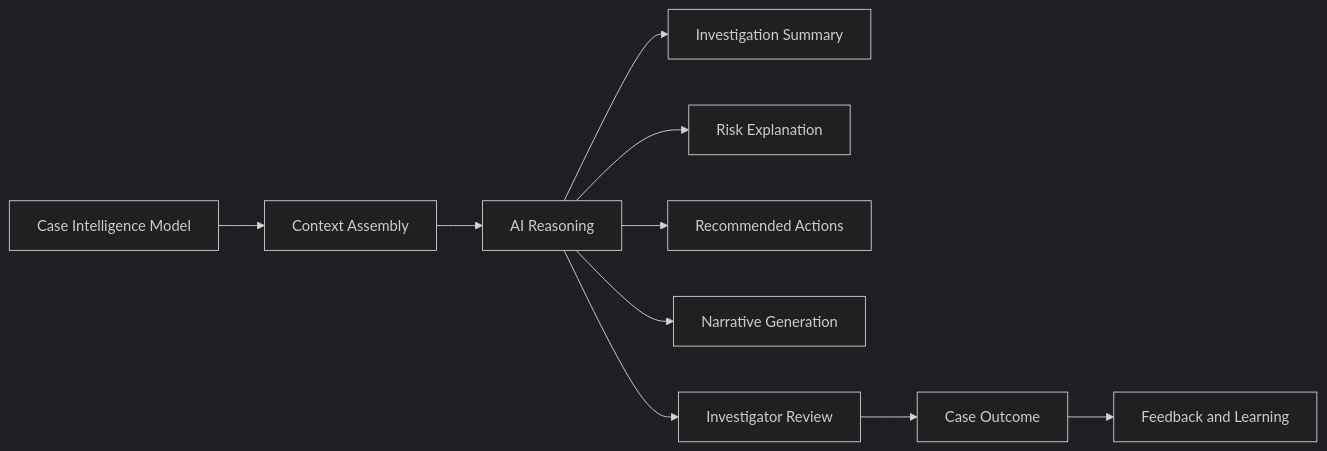
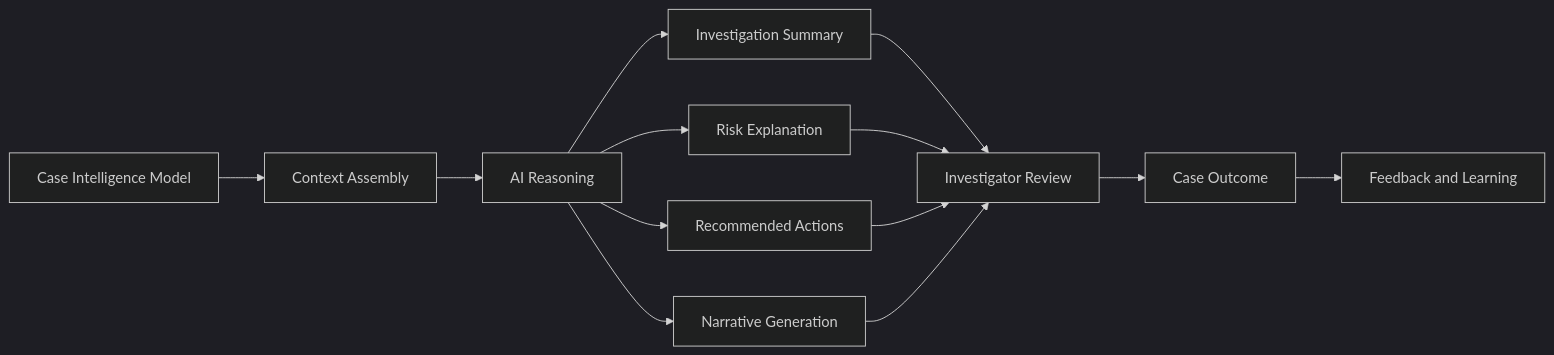
One commit to dhartwig-fc/01-fc-financial-crime-analytics-showcase changed the diagram in 05-ai-investigator-copilot/README.md. Above: the diagram before and after it, drawn with Mermaid (dark theme). The commit also changed other lines of this file, not shown here.

````diff
--- a/05-ai-investigator-copilot/README.md
+++ b/05-ai-investigator-copilot/README.md
@@ -82,22 +84,19 @@
-~~~mermaid
+```mermaid
 flowchart LR
 
-A[Case Intelligence Model]
---> B[Context Assembly]
-
+A[Case Intelligence Model] --> B[Context Assembly]
 B --> C[AI Reasoning]
 
 C --> D[Investigation Summary]
-
 C --> E[Risk Explanation]
-
 C --> F[Recommended Actions]
-
 C --> G[Narrative Generation]
 
-C --> H[Investigator Review]
+D --> H[Investigator Review]
+E --> H
+F --> H
+G --> H
 
 H --> I[Case Outcome]
-
 I --> J[Feedback and Learning]
-~~~
+```
````
